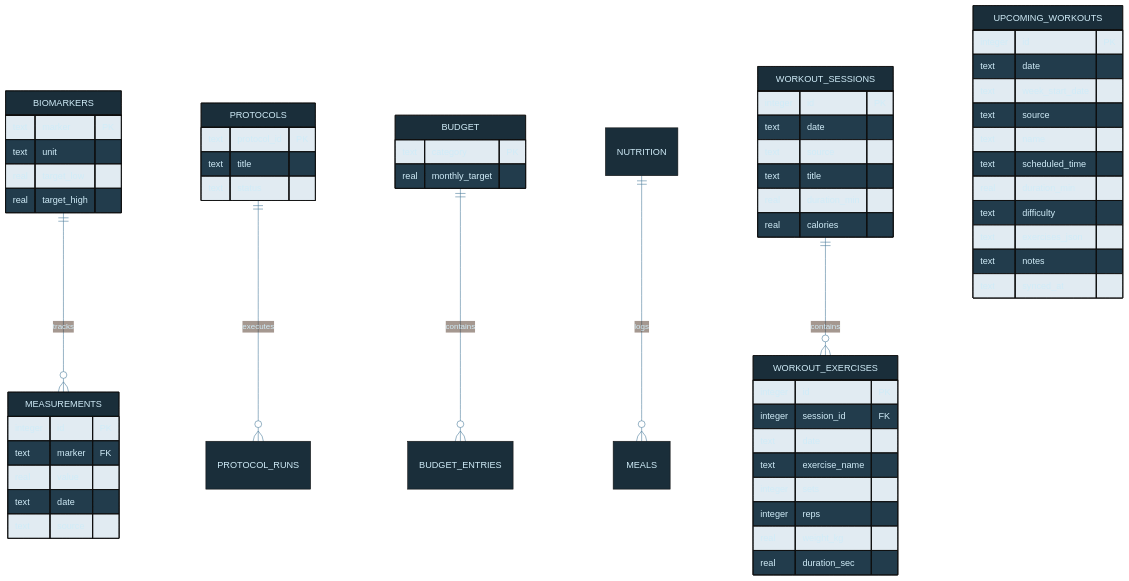
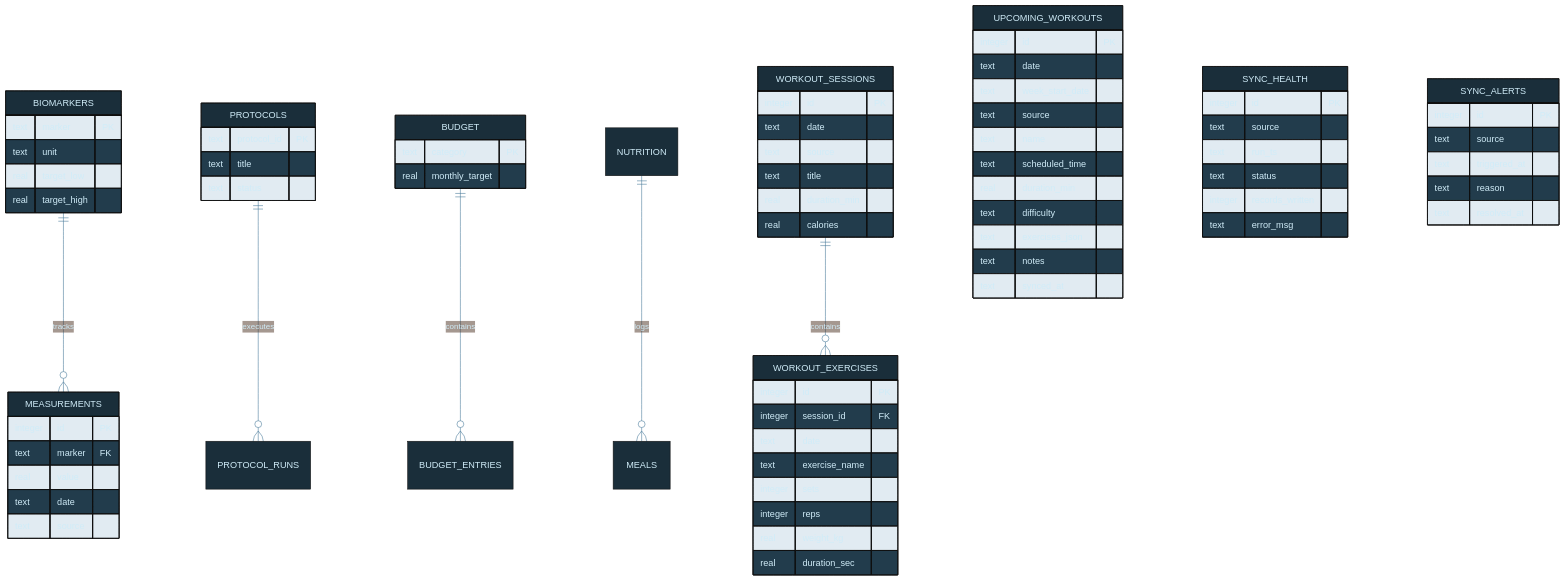
The diagram in diagrams/life-db-schema.mmd (tylerdrakemusic/-Workspace), drawn with Mermaid before and after one commit. The commit also changed 2 other files, not shown here.

Commit message:
docs: add FR-20260522-sync-watchdog; update life arch + DB schema diagrams

```diff
--- a/diagrams/life-db-schema.mmd
+++ b/diagrams/life-db-schema.mmd
@@ -1,64 +1,81 @@
 %%{init: {'theme': 'base', 'themeVariables': {'primaryColor': '#1a2e3a', 'primaryTextColor': '#d0ecf8', 'edgeLabelBackground': '#0f1318', 'lineColor': '#4a7a9a'}}}%%
 erDiagram
     BIOMARKERS ||--o{ MEASUREMENTS : tracks
     PROTOCOLS ||--o{ PROTOCOL_RUNS : executes
     BUDGET ||--o{ BUDGET_ENTRIES : contains
     NUTRITION ||--o{ MEALS : logs
     WORKOUT_SESSIONS ||--o{ WORKOUT_EXERCISES : contains
 
     BIOMARKERS {
         text marker PK
         text unit
         real target_low
         real target_high
     }
     MEASUREMENTS {
         integer id PK
         text marker FK
         real value
         text date
         text source
     }
     PROTOCOLS {
         text protocol_id PK
         text title
         text status
     }
     BUDGET {
         text category PK
         real monthly_target
     }
     WORKOUT_SESSIONS {
         integer id PK
         text date
         text source
         text title
         real duration_min
         real calories
     }
     WORKOUT_EXERCISES {
         integer id PK
         integer session_id FK
         text date
         text exercise_name
         integer sets
         integer reps
         real weight_kg
         real duration_sec
     }
     UPCOMING_WORKOUTS {
         integer id PK
         text date
         text week_start_date
         text source
         text name
         text scheduled_time
         real duration_min
         text difficulty
         text exercises_json
         text notes
         text synced_at
     }
 
     %% Constraints: UNIQUE(date, source, name)
     %% Index: (date, week_start_date)
+
+    %% --- Monitoring ---
+    SYNC_HEALTH {
+        integer id PK
+        text source
+        text run_ts
+        text status
+        integer records_written
+        text error_msg
+    }
+    SYNC_ALERTS {
+        integer id PK
+        text source
+        text triggered_at
+        text reason
+        text resolved_at
+    }
```
